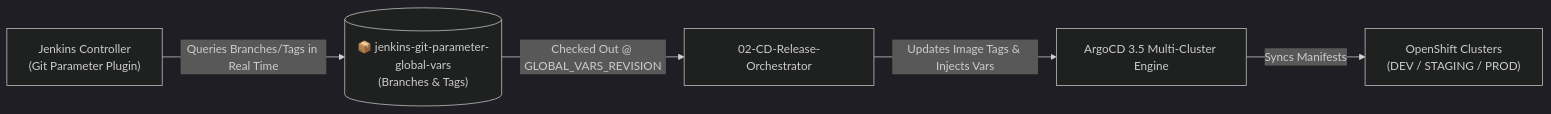
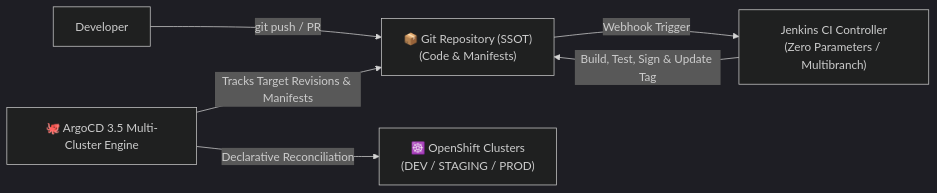
One commit to nubenetes/jenkins-without-git-parameter changed the diagram in sample-apps/gitops-manifests/README.md. Above: the diagram before and after it, drawn with Mermaid (dark theme). The commit also changed other lines of this file and 28 other files, not shown here.

First line of the commit message:
feat: release v1.0.0 - production hardening, bug fixes, and architectural realignment

````diff
--- a/sample-apps/gitops-manifests/README.md
+++ b/sample-apps/gitops-manifests/README.md
@@ -33,12 +35,8 @@
 ```mermaid
 flowchart LR
-    Jenkins["Jenkins Controller<br/>(Git Parameter Plugin)"]
-    GlobalVarsRepo[("📦 jenkins-git-parameter-global-vars<br/>(Branches & Tags)")]
-    CD["02-CD-Release-Orchestrator"]
-    Argo["ArgoCD 3.5 Multi-Cluster Engine"]
-
-    Jenkins -->|Queries Branches/Tags in Real Time| GlobalVarsRepo
-    GlobalVarsRepo -->|Checked Out @ GLOBAL_VARS_REVISION| CD
-    CD -->|Updates Image Tags & Injects Vars| Argo
-    Argo -->|Syncs Manifests| OCP_Clusters["OpenShift Clusters<br/>(DEV / STAGING / PROD)"]
+    Dev["Developer"] -->|git push / PR| GitRepo["📦 Git Repository (SSOT)<br/>(Code & Manifests)"]
+    GitRepo -->|Webhook Trigger| Jenkins["Jenkins CI Controller<br/>(Zero Parameters / Multibranch)"]
+    Jenkins -->|Build, Test, Sign & Update Tag| GitRepo
+    Argo["🐙 ArgoCD 3.5 Multi-Cluster Engine"] -->|Tracks Target Revisions & Manifests| GitRepo
+    Argo -->|Declarative Reconciliation| OCP_Clusters["☸️ OpenShift Clusters<br/>(DEV / STAGING / PROD)"]
 ```
````
